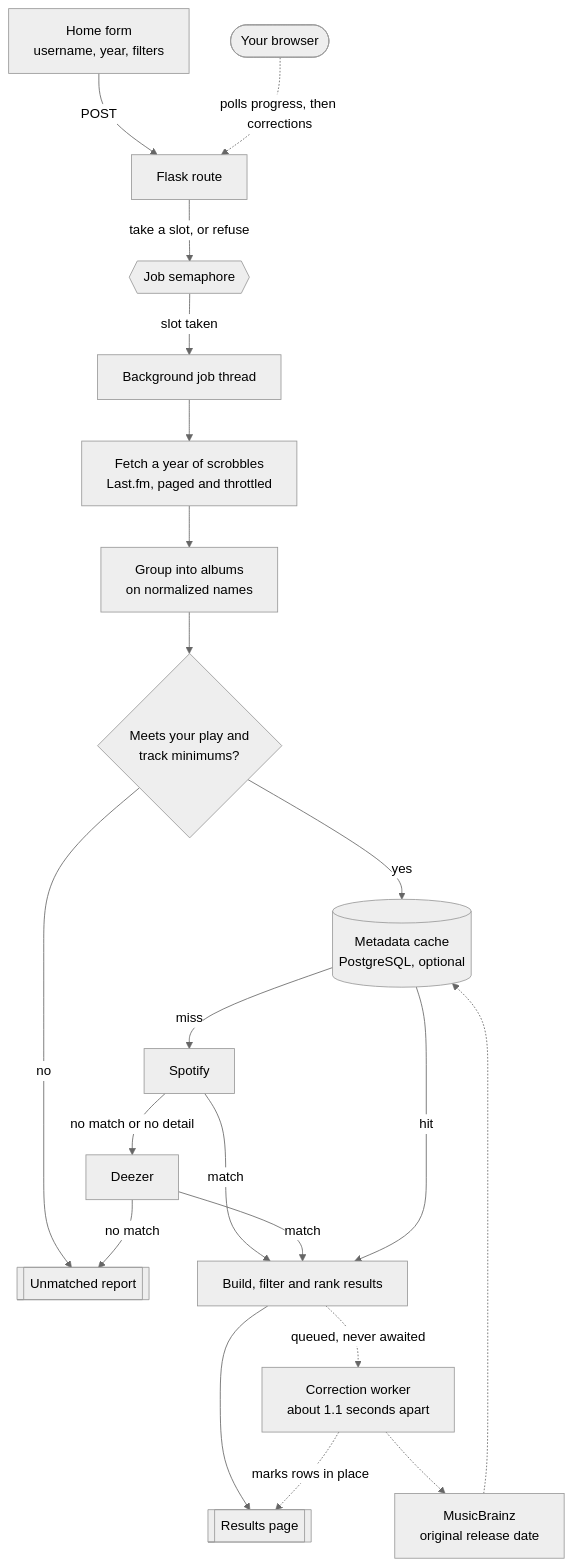
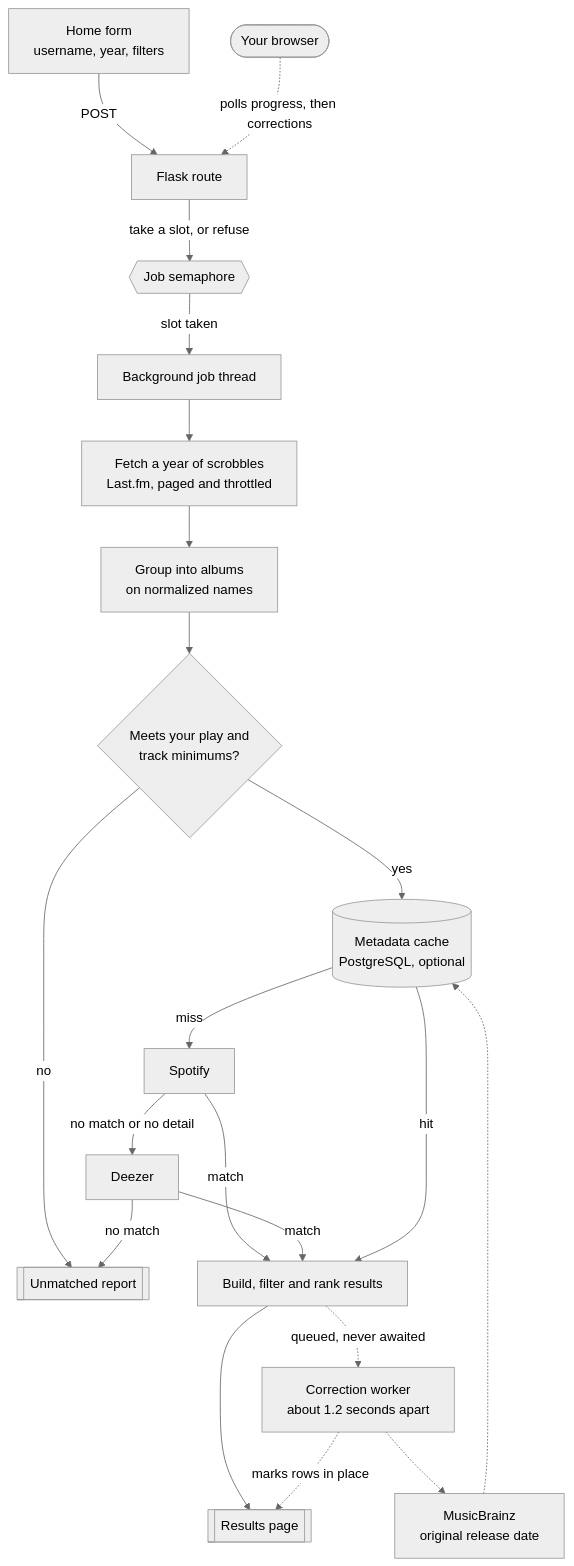
One commit to pterw/ScrobbleScope changed the diagram in README.md. Above: the diagram before and after it, drawn with Mermaid (neutral theme). The commit also changed other lines of this file and 9 other files, not shown here.

First line of the commit message:
fix(musicbrainz): Space requests 1.2 seconds apart

````diff
--- a/README.md
+++ b/README.md
@@ -223,26 +223,26 @@
 ```mermaid
 flowchart TB
     Form["Home form<br/>username, year, filters"] -->|POST| Flask[Flask route]
     Flask -->|take a slot, or refuse| Slot{{Job semaphore}}
     Slot -->|slot taken| Job[Background job thread]
 
     Job --> Scrobbles[Fetch a year of scrobbles<br/>Last.fm, paged and throttled]
     Scrobbles --> Group[Group into albums<br/>on normalized names]
     Group --> Threshold{Meets your play and<br/>track minimums?}
     Threshold -->|no| Unmatched[[Unmatched report]]
     Threshold -->|yes| Cache[(Metadata cache<br/>PostgreSQL, optional)]
     Cache -->|miss| Spotify[Spotify]
     Spotify -->|no match or no detail| Deezer[Deezer]
     Spotify -->|match| Build
     Deezer -->|match| Build[Build, filter and rank results]
     Deezer -->|no match| Unmatched
     Cache -->|hit| Build
     Build --> Results[[Results page]]
 
-    Build -.->|queued, never awaited| Checks[Correction worker<br/>about 1.1 seconds apart]
+    Build -.->|queued, never awaited| Checks[Correction worker<br/>about 1.2 seconds apart]
     Checks -.-> MusicBrainz[MusicBrainz<br/>original release date]
     MusicBrainz -.-> Cache
     Checks -.->|marks rows in place| Results
 
     Browser([Your browser]) -.->|polls progress, then corrections| Flask
 ```
````
